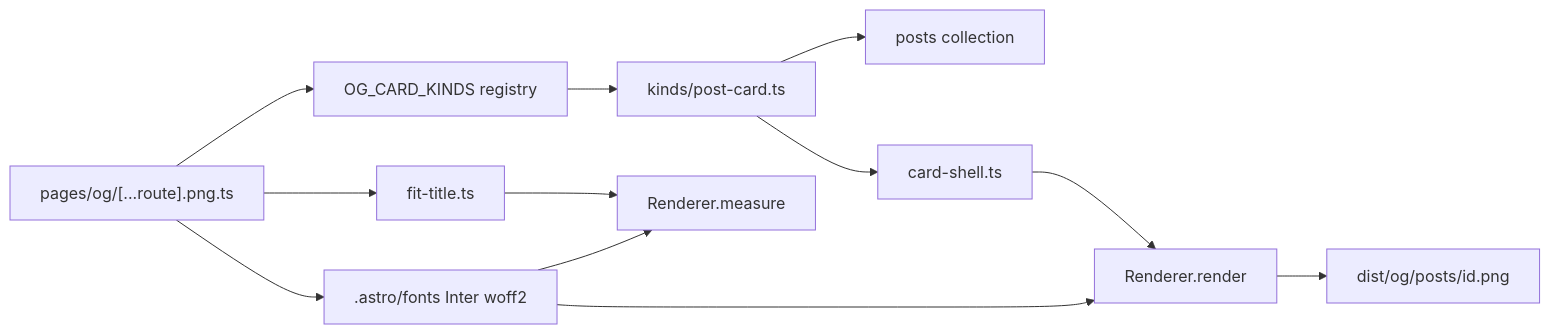
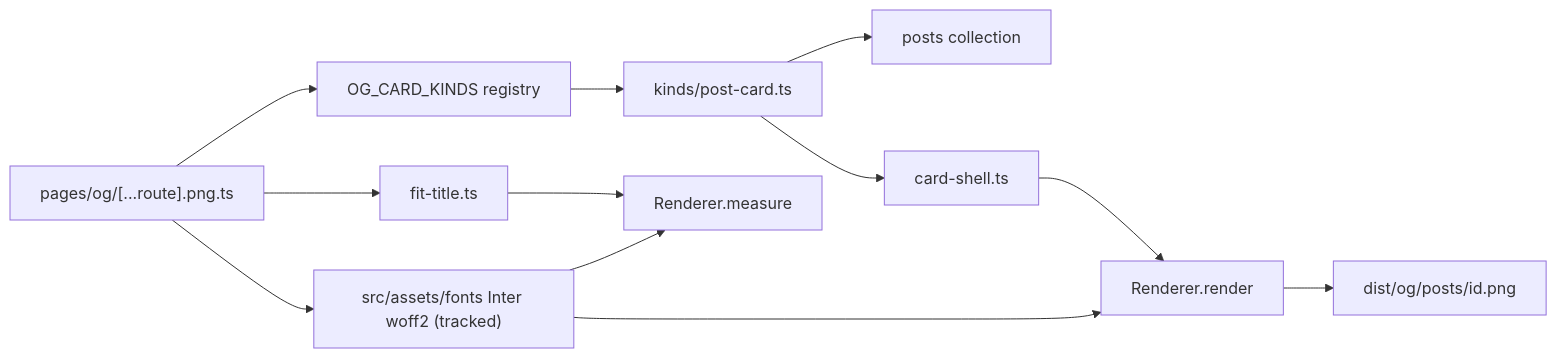
The fourth of 5 diagrams in docs/stable/development/build-flow.md (duckycoding-dev/ducky-coding), drawn with Mermaid before and after one commit. The commit also changed other lines of this file and 8 other files, not shown here.

````diff
--- a/docs/stable/development/build-flow.md
+++ b/docs/stable/development/build-flow.md
@@ -196,24 +196,24 @@
 ```mermaid
 flowchart LR
     Route["pages/og/[...route].png.ts"]
     Registry["OG_CARD_KINDS registry"]
     Kind["kinds/post-card.ts"]
     Posts["posts collection"]
     Shell["card-shell.ts"]
     Fit["fit-title.ts"]
-    Font[".astro/fonts Inter woff2"]
+    Font["src/assets/fonts Inter woff2 (tracked)"]
     Measure["Renderer.measure"]
     Render["Renderer.render"]
     Out["dist/og/posts/id.png"]
 
     Route --> Registry --> Kind
     Kind --> Posts
     Kind --> Shell
     Route --> Fit
     Fit --> Measure
     Route --> Font
     Font --> Measure
     Font --> Render
     Shell --> Render
     Render --> Out
 ```
````
